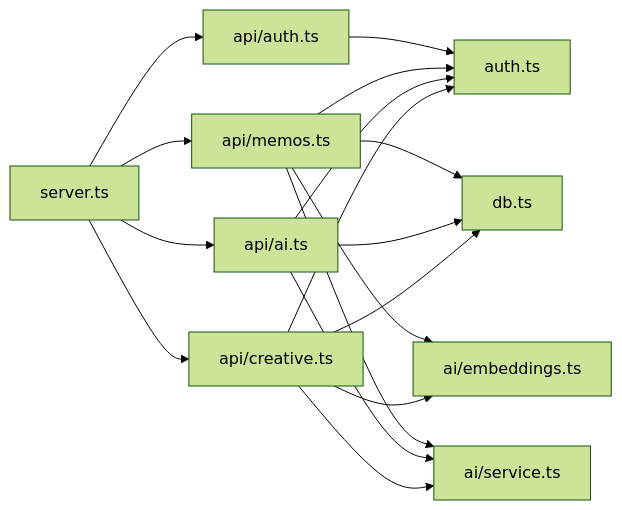
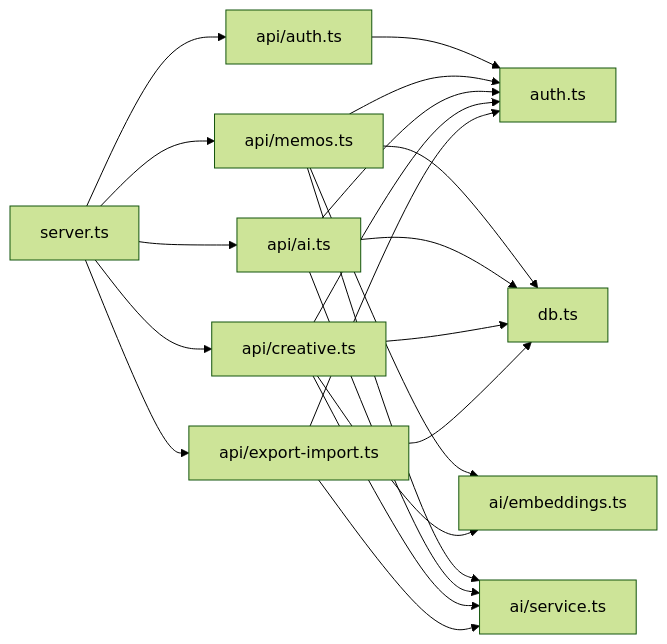
Before and after one commit to BlackBoxRecorder/memos: the third of 3 diagrams in .qoder/repowiki/zh/content/API 接口文档/API 接口文档.md, drawn with Mermaid (forest theme). The commit also changed other lines of this file and 10 other files, not shown here.

````diff
--- a/.qoder/repowiki/zh/content/API 接口文档/API 接口文档.md
+++ b/.qoder/repowiki/zh/content/API 接口文档/API 接口文档.md
@@ -324,19 +406,23 @@
 ```mermaid
 graph LR
 Server["server.ts"] --> AuthApp["api/auth.ts"]
 Server --> MemosApp["api/memos.ts"]
 Server --> AIApp["api/ai.ts"]
 Server --> CreativeApp["api/creative.ts"]
+Server --> ExportImportApp["api/export-import.ts"]
 MemosApp --> DB["db.ts"]
 MemosApp --> Embeddings["ai/embeddings.ts"]
 MemosApp --> AIService["ai/service.ts"]
 AIApp --> AIService
 AIApp --> DB
 CreativeApp --> AIService
 CreativeApp --> DB
 CreativeApp --> Embeddings
+ExportImportApp --> DB
+ExportImportApp --> AIService
 AuthApp --> Auth["auth.ts"]
 MemosApp --> Auth
 AIApp --> Auth
 CreativeApp --> Auth
+ExportImportApp --> Auth
 ```
````
